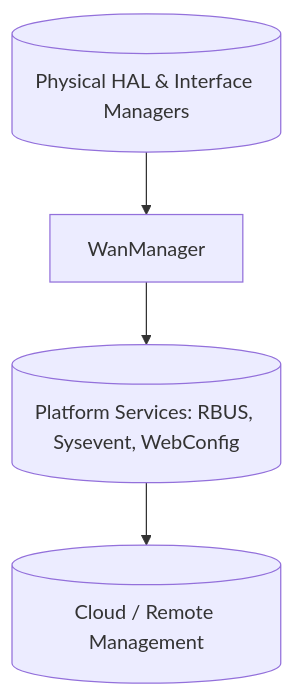
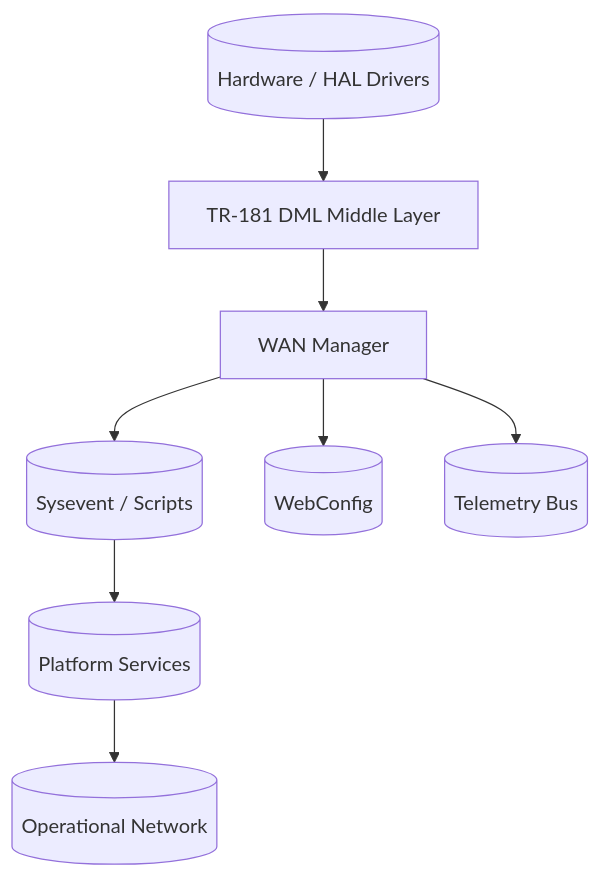
The fifth of 6 diagrams in docs/docu/WANMgr_GPT5_2609.md (rns21/RDK_Documentation), drawn with Mermaid before and after one commit. The commit also changed other lines of this file and 19 other files, not shown here.

````diff
--- a/docs/docu/WANMgr_GPT5_2609.md
+++ b/docs/docu/WANMgr_GPT5_2609.md
@@ -210,6 +221,10 @@
 ```mermaid
 graph TD
-    HAL[(Physical HAL & Interface Managers)] --> WanManager
-    WanManager --> Platform[(Platform Services: RBUS, Sysevent, WebConfig)]
-    Platform --> External[(Cloud / Remote Management)]
+    HAL[(Hardware / HAL Drivers)] --> DML[TR-181 DML Middle Layer]
+    DML --> WANMGR[WAN Manager]
+    WANMGR --> Sysev[(Sysevent / Scripts)]
+    Sysev --> Platform[(Platform Services)]
+    WANMGR --> WebCfgFW[(WebConfig)]
+    WANMGR --> Telemetry[(Telemetry Bus)]
+    Platform --> External[(Operational Network)]
 ```
````
